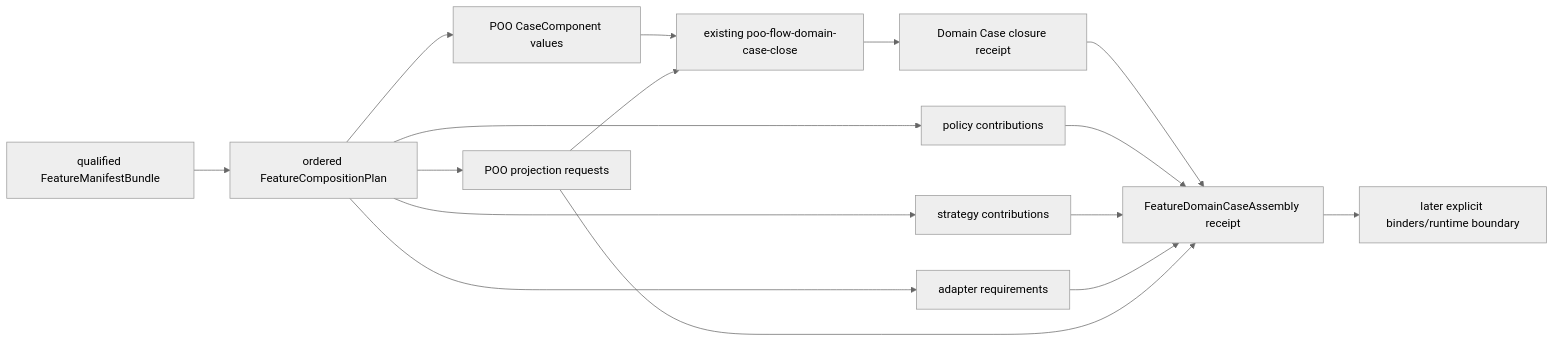
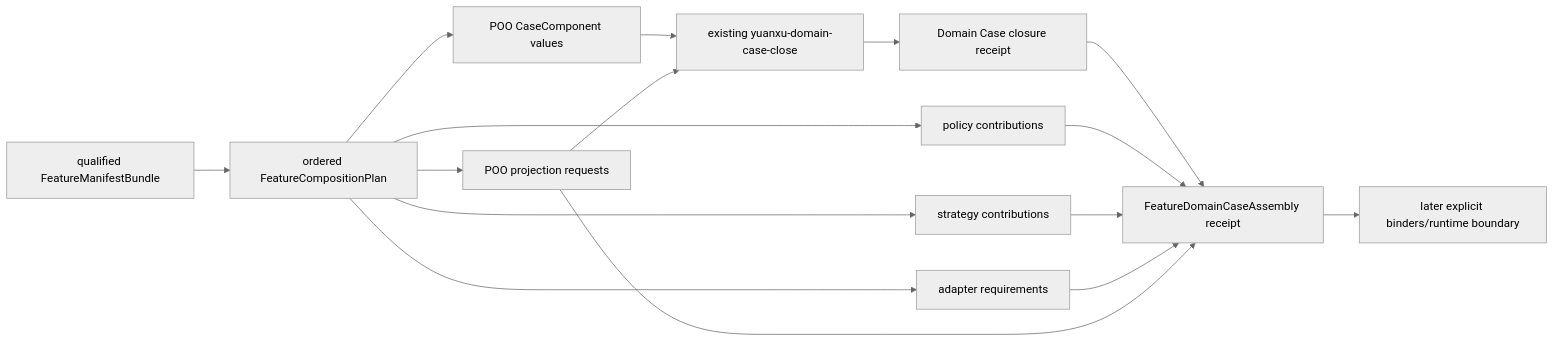
One commit to tao3k/gebril-yuanxu changed the first of 2 diagrams in module-system/design/139-feature-domain-case-assembly.org. Above: the diagram before and after it, drawn with Mermaid (neutral theme). The commit also changed other lines of this file and 994 other files, not shown here.

```diff
--- a/module-system/design/139-feature-domain-case-assembly.org
+++ b/module-system/design/139-feature-domain-case-assembly.org
@@ -87,30 +87,30 @@
 #+begin_src mermaid
 flowchart LR
     FB["qualified FeatureManifestBundle"]
     CP["ordered FeatureCompositionPlan"]
     CC["POO CaseComponent values"]
-    DC["existing poo-flow-domain-case-close"]
+    DC["existing yuanxu-domain-case-close"]
     CR["Domain Case closure receipt"]
     CA["FeatureDomainCaseAssembly receipt"]
     PO["policy contributions"]
     SO["strategy contributions"]
     AR["adapter requirements"]
     PR["POO projection requests"]
     RT["later explicit binders/runtime boundary"]
 
     FB --> CP
     CP --> CC
     CC --> DC
     DC --> CR
     CR --> CA
     CP --> PO
     CP --> SO
     CP --> AR
     CP --> PR
     PR --> DC
     PO --> CA
     SO --> CA
     AR --> CA
     PR --> CA
     CA --> RT
 #+end_src
```
